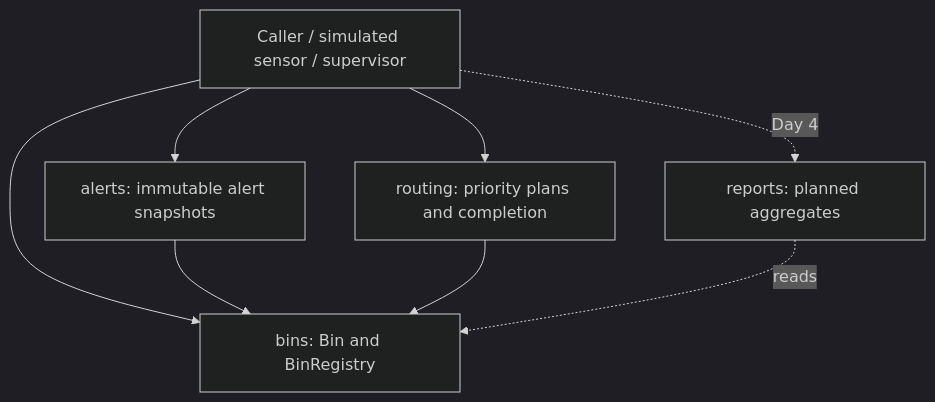
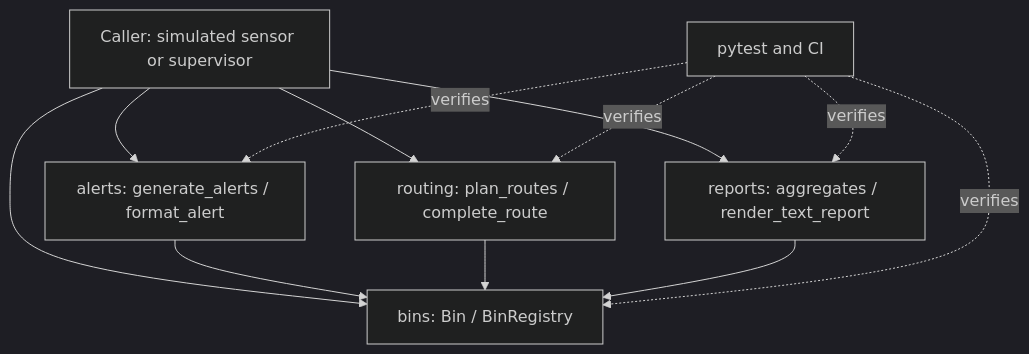
The first of 4 diagrams in docs/SAD.md (SasyakSubudhi/Smart-City-Waste-Management-System), drawn with Mermaid (dark theme) before and after one commit. The commit also changed other lines of this file and 1 other file, not shown here.

````diff
--- a/docs/SAD.md
+++ b/docs/SAD.md
@@ -24,10 +92,14 @@
 ```mermaid
 flowchart TD
-    Caller[Caller / simulated sensor / supervisor] --> B[bins: Bin and BinRegistry]
-    Caller --> A[alerts: immutable alert snapshots]
-    Caller --> R[routing: priority plans and completion]
-    Caller -. Day 4 .-> P[reports: planned aggregates]
+    Caller[Caller: simulated sensor or supervisor] --> B["bins: Bin / BinRegistry"]
+    Caller --> A["alerts: generate_alerts / format_alert"]
+    Caller --> R["routing: plan_routes / complete_route"]
+    Caller --> P["reports: aggregates / render_text_report"]
     A --> B
     R --> B
-    P -. reads .-> B
+    P --> B
+    Tests["pytest and CI"] -. verifies .-> B
+    Tests -. verifies .-> A
+    Tests -. verifies .-> R
+    Tests -. verifies .-> P
 ```
````
